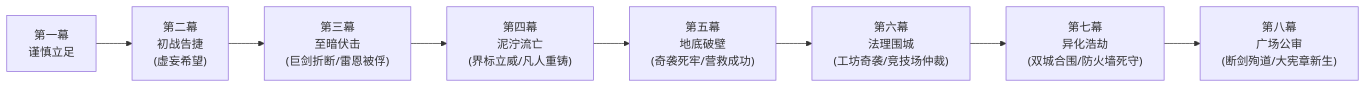
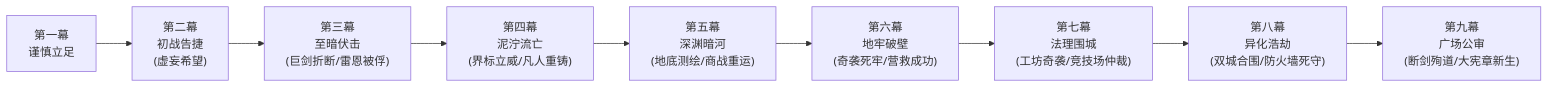
One commit to soranokiseki1437/eldoria-worldbook changed the second of 2 diagrams in 方案/第二部/主线与世界扩充方案/01_宏篇主线演进与阶段规划方案.md. Above: the diagram before and after it, drawn with Mermaid. The commit also changed other lines of this file and 41 other files, not shown here.

````diff
--- a/方案/第二部/主线与世界扩充方案/01_宏篇主线演进与阶段规划方案.md
+++ b/方案/第二部/主线与世界扩充方案/01_宏篇主线演进与阶段规划方案.md
@@ -196,10 +260,11 @@
 ```mermaid
 graph LR
     P1["第一幕<br/>谨慎立足"] --> P2["第二幕<br/>初战告捷<br/>(虚妄希望)"]
     P2 --> P3["第三幕<br/>至暗伏击<br/>(巨剑折断/雷恩被俘)"]
     P3 --> P4["第四幕<br/>泥泞流亡<br/>(界标立威/凡人重铸)"]
-    P4 --> P5["第五幕<br/>地底破壁<br/>(奇袭死牢/营救成功)"]
-    P5 --> P6["第六幕<br/>法理围城<br/>(工坊奇袭/竞技场仲裁)"]
-    P6 --> P7["第七幕<br/>异化浩劫<br/>(双城合围/防火墙死守)"]
-    P7 --> P8["第八幕<br/>广场公审<br/>(断剑殉道/大宪章新生)"]
+    P4 --> P5["第五幕<br/>深渊暗河<br/>(地底测绘/商战重运)"]
+    P5 --> P6["第六幕<br/>地牢破壁<br/>(奇袭死牢/营救成功)"]
+    P6 --> P7["第七幕<br/>法理围城<br/>(工坊奇袭/竞技场仲裁)"]
+    P7 --> P8["第八幕<br/>异化浩劫<br/>(双城合围/防火墙死守)"]
+    P8 --> P9["第九幕<br/>广场公审<br/>(断剑殉道/大宪章新生)"]
 ```
````
